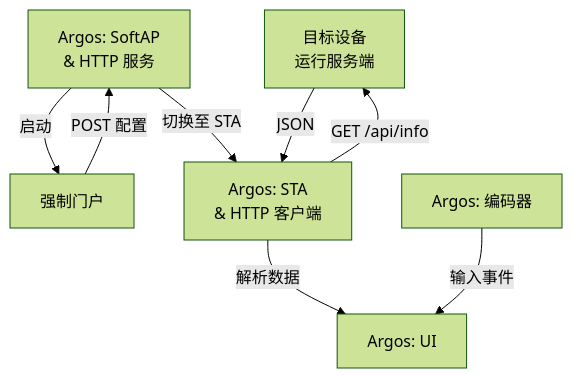
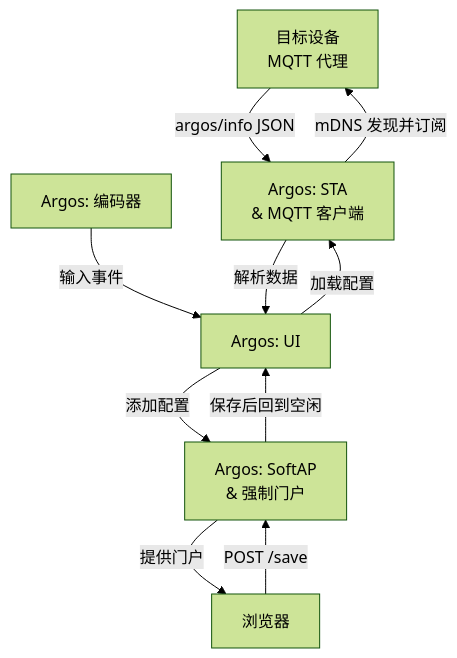
One commit to Jav1ki4N/Argos changed the diagram in readme_zh.md. Above: the diagram before and after it, drawn with Mermaid (forest theme). The commit also changed other lines of this file and 4 other files, not shown here.

````diff
--- a/readme_zh.md
+++ b/readme_zh.md
@@ -44,17 +46,19 @@
 ```mermaid
 graph TD
-  A["目标设备<br/>运行服务端"]
-  B["Argos: SoftAP<br/>& HTTP 服务"]
-  C["强制门户"]
-  D["Argos: STA<br/>& HTTP 客户端"]
+  A["目标设备<br/>MQTT 代理"]
+  B["Argos: SoftAP<br/>& 强制门户"]
+  C["浏览器"]
+  D["Argos: STA<br/>& MQTT 客户端"]
   E["Argos: UI"]
   F["Argos: 编码器"]
 
-  B -->|"启动"| C
-  C -->|"POST 配置"| B
-  B -->|"切换至 STA"| D
-  D -->|"GET /api/info"| A
-  A -->|"JSON"| D
+  F -->|"输入事件"| E
+  E -->|"添加配置"| B
+  B -->|"提供门户"| C
+  C -->|"POST /save"| B
+  B -->|"保存后回到空闲"| E
+  E -->|"加载配置"| D
+  D -->|"mDNS 发现并订阅"| A
+  A -->|"argos/info JSON"| D
   D -->|"解析数据"| E
-  F -->|"输入事件"| E
 ```
````
